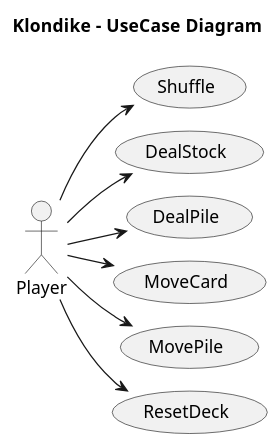
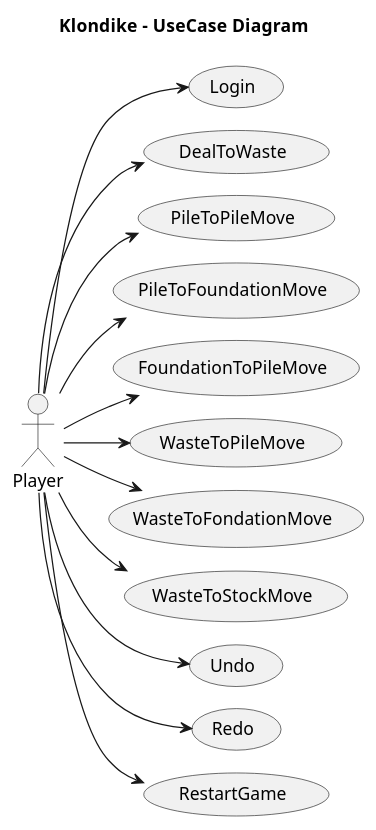
One commit to AngelOS95P/Maestria_IngSoftware_grupo6 changed the diagram in 2 Modelo de vistas de caso de uso/Diagrama de actores y casos de uso.plantuml. Above: the diagram before and after it, drawn with PlantUML.

Commit message:
Update Diagrama de actores y casos de uso.plantuml

```diff
--- a/2 Modelo de vistas de caso de uso/Diagrama de actores y casos de uso.plantuml
+++ b/2 Modelo de vistas de caso de uso/Diagrama de actores y casos de uso.plantuml
@@ -1,21 +1,32 @@
 @startuml ActorsDiagram
+title Klondike  - UseCase Diagram
+left to right direction
 !pragma layout smetana
-title Klondike  - UseCase Diagram
-
-left to right direction
 
 actor Player
-usecase Shuffle
-usecase DealStock
-usecase DealPile
-usecase MoveCard
-usecase MovePile
-usecase ResetDeck
 
-Player --> Shuffle
-Player --> DealStock
-Player --> DealPile
-Player --> MoveCard
-Player --> MovePile
-Player --> ResetDeck
+usecase Login
+usecase DealToWaste
+usecase PileToPileMove
+usecase PileToFoundationMove
+usecase FoundationToPileMove
+usecase WasteToPileMove
+usecase WasteToFondationMove
+usecase WasteToStockMove
+usecase Undo
+usecase Redo
+usecase RestartGame
+
+Player --> Login
+Player --> DealToWaste
+Player --> PileToPileMove
+Player --> PileToFoundationMove
+Player -->  FoundationToPileMove
+Player -->  WasteToPileMove
+Player -->  WasteToFondationMove
+Player -->  WasteToStockMove
+Player -->  Undo
+Player -->  Redo
+Player -->  RestartGame
+
 @enduml
```
